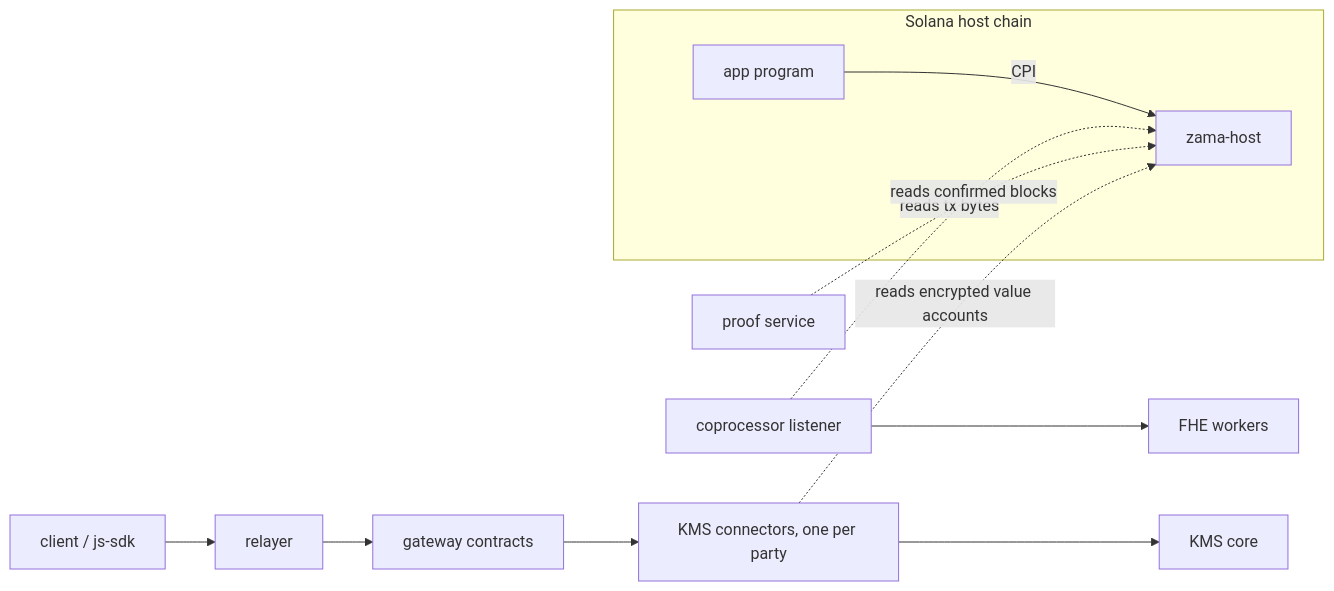
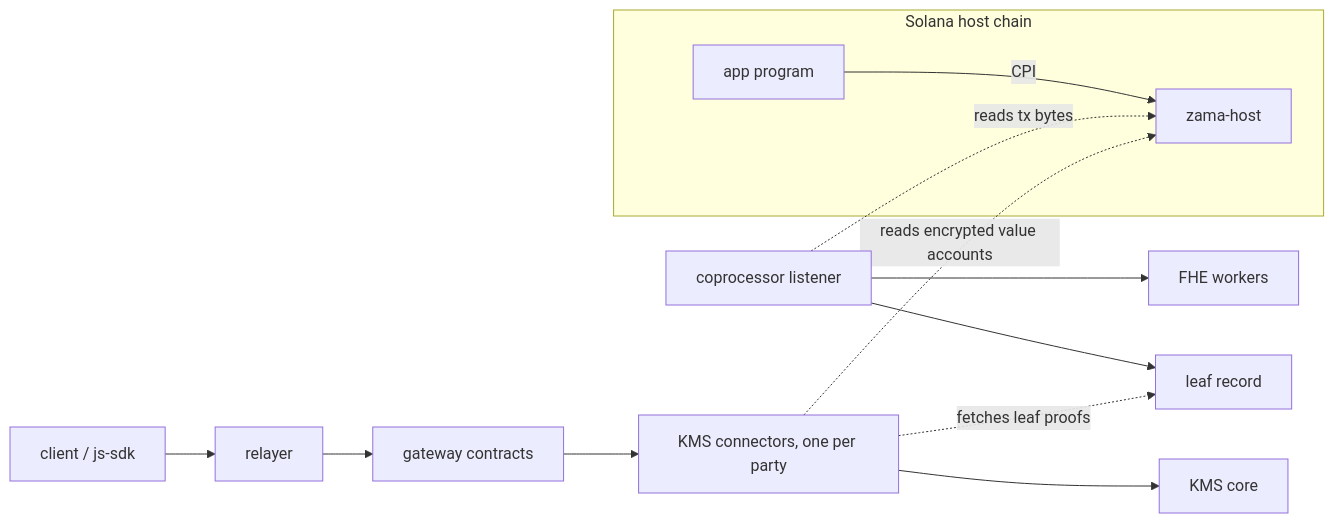
Before and after one commit to zama-ai/fhevm: the diagram in solana/README.md, drawn with Mermaid. The commit also changed other lines of this file and 18 other files, not shown here.

````diff
--- a/solana/README.md
+++ b/solana/README.md
@@ -21,13 +21,14 @@
 ```mermaid
 flowchart LR
     subgraph Solana host chain
         APP[app program] -->|CPI| HOST[zama-host]
     end
     LISTENER[coprocessor listener] -.->|reads tx bytes| HOST
     LISTENER --> WORKERS[FHE workers]
-    PROOF[proof service] -.->|reads confirmed blocks| HOST
+    LISTENER --> LEAVES[leaf record]
     CLIENT[client / js-sdk] --> RELAYER[relayer] --> GATEWAY[gateway contracts]
     GATEWAY --> CONNECTOR[KMS connectors, one per party]
     CONNECTOR -.->|reads encrypted value accounts| HOST
+    CONNECTOR -.->|fetches leaf proofs| LEAVES
     CONNECTOR --> KMS[KMS core]
 ```
````
